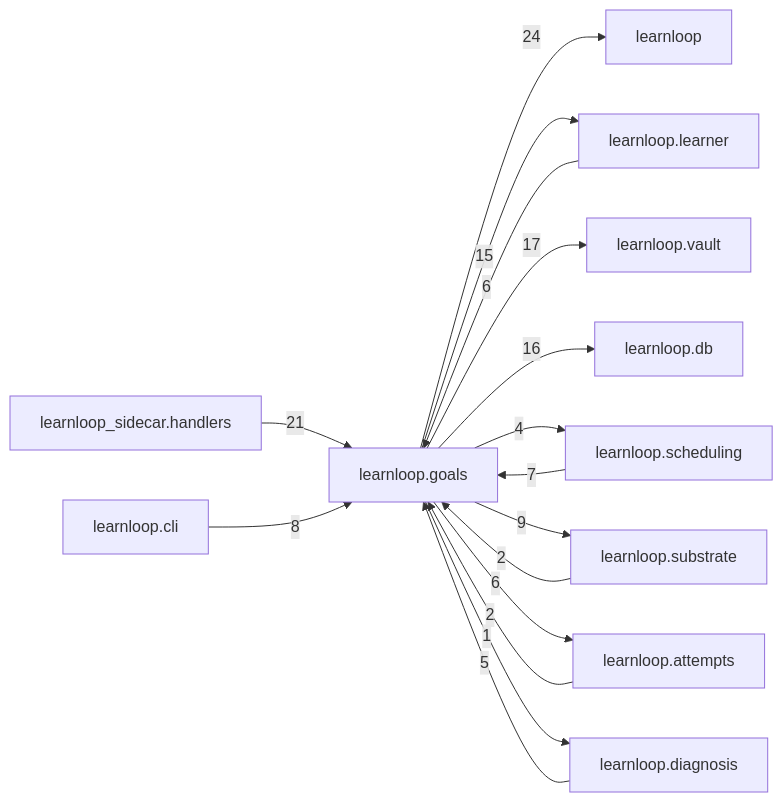
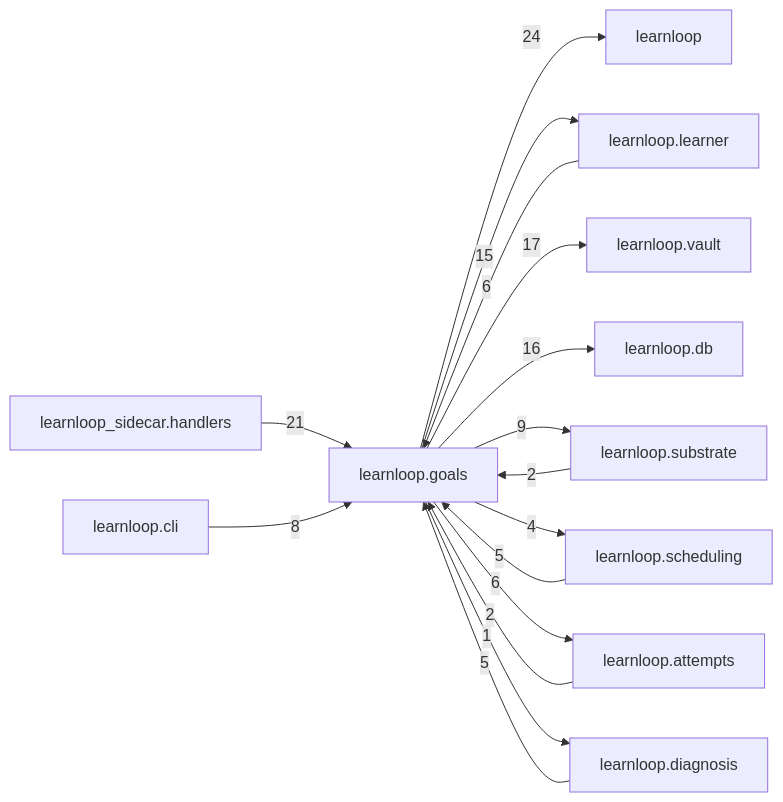
One commit to 6up-b/learnanything changed the diagram in docs/learnloop-architecture-vault/Reference/Modules/learnloop/goals/_package.md. Above: the diagram before and after it, drawn with Mermaid. The commit also changed other lines of this file and 66 other files, not shown here.

````diff
--- a/docs/learnloop-architecture-vault/Reference/Modules/learnloop/goals/_package.md
+++ b/docs/learnloop-architecture-vault/Reference/Modules/learnloop/goals/_package.md
@@ -128,29 +128,29 @@
 ```mermaid
 flowchart LR
     center["learnloop.goals"]
     n_learnloop["learnloop"]
     n_learnloop_learner["learnloop.learner"]
     n_learnloop_sidecar_handlers["learnloop_sidecar.handlers"]
     n_learnloop_vault["learnloop.vault"]
     n_learnloop_db["learnloop.db"]
+    n_learnloop_substrate["learnloop.substrate"]
     n_learnloop_scheduling["learnloop.scheduling"]
-    n_learnloop_substrate["learnloop.substrate"]
     n_learnloop_attempts["learnloop.attempts"]
     n_learnloop_cli["learnloop.cli"]
     n_learnloop_diagnosis["learnloop.diagnosis"]
     center -->|24| n_learnloop
     n_learnloop_learner -->|6| center
     center -->|15| n_learnloop_learner
     n_learnloop_sidecar_handlers -->|21| center
     center -->|17| n_learnloop_vault
     center -->|16| n_learnloop_db
-    n_learnloop_scheduling -->|7| center
-    center -->|4| n_learnloop_scheduling
     n_learnloop_substrate -->|2| center
     center -->|9| n_learnloop_substrate
+    n_learnloop_scheduling -->|5| center
+    center -->|4| n_learnloop_scheduling
     n_learnloop_attempts -->|2| center
     center -->|6| n_learnloop_attempts
     n_learnloop_cli -->|8| center
     n_learnloop_diagnosis -->|5| center
     center -->|1| n_learnloop_diagnosis
 ```
````
